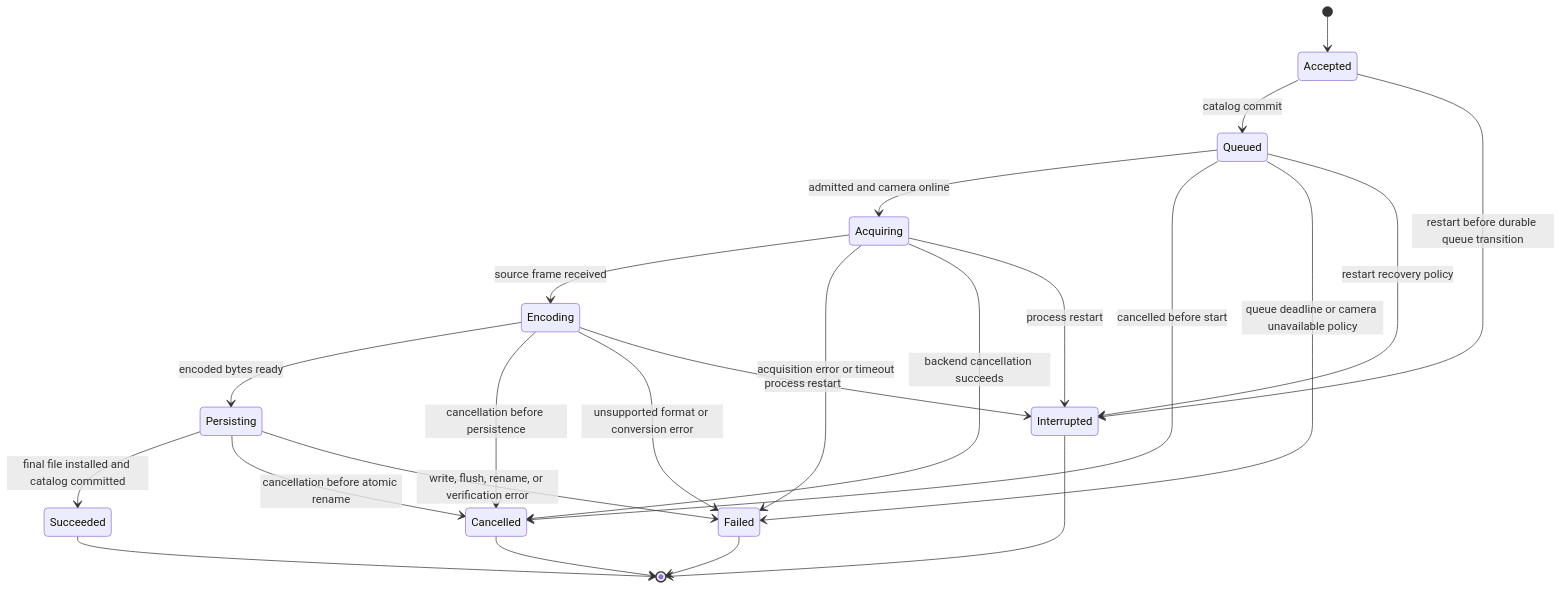
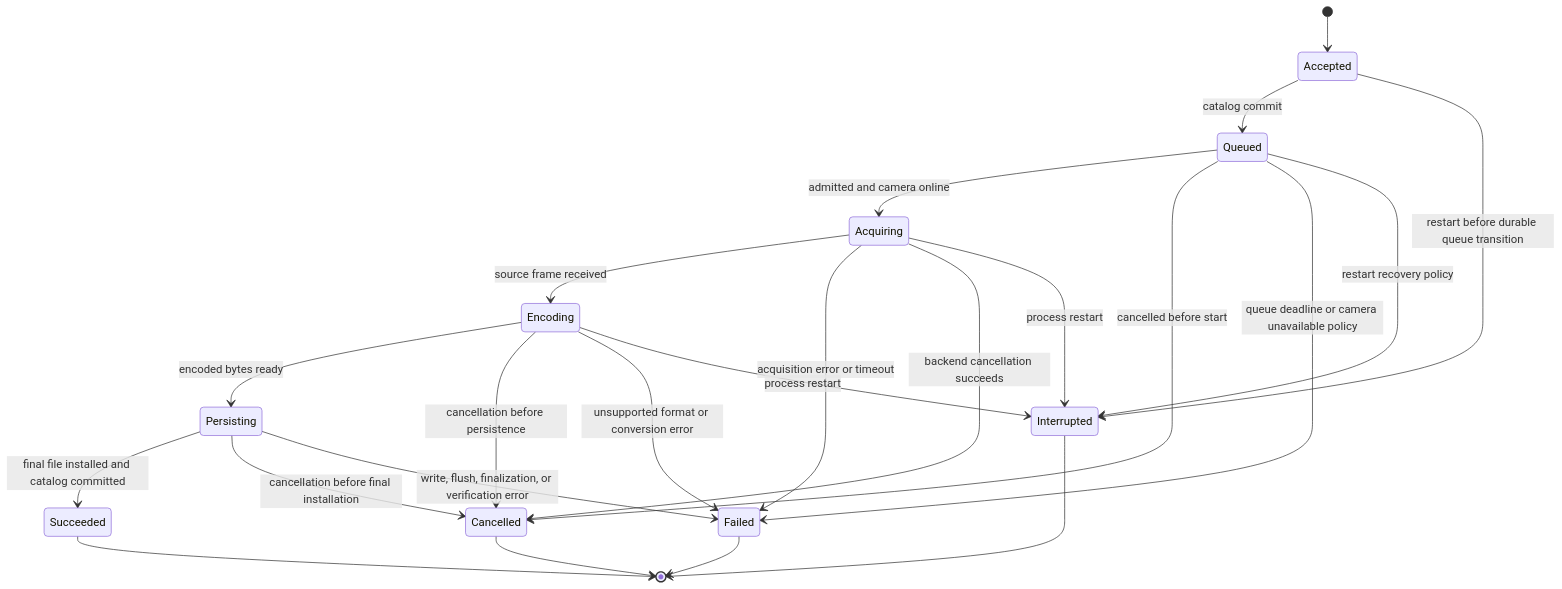
The fifth of 15 diagrams in DESIGN.md (edgecommons/camera-adapter), drawn with Mermaid before and after one commit. The commit also changed other lines of this file and 75 other files, not shown here.

````diff
--- a/DESIGN.md
+++ b/DESIGN.md
@@ -312,25 +312,25 @@
 ```mermaid
 stateDiagram-v2
   [*] --> Accepted
   Accepted --> Queued: catalog commit
   Queued --> Acquiring: admitted and camera online
   Queued --> Cancelled: cancelled before start
   Queued --> Failed: queue deadline or camera unavailable policy
   Acquiring --> Encoding: source frame received
   Acquiring --> Failed: acquisition error or timeout
   Acquiring --> Cancelled: backend cancellation succeeds
   Encoding --> Persisting: encoded bytes ready
   Encoding --> Cancelled: cancellation before persistence
   Encoding --> Failed: unsupported format or conversion error
   Persisting --> Succeeded: final file installed and catalog committed
-  Persisting --> Cancelled: cancellation before atomic rename
-  Persisting --> Failed: write, flush, rename, or verification error
+  Persisting --> Cancelled: cancellation before final installation
+  Persisting --> Failed: write, flush, finalization, or verification error
   Accepted --> Interrupted: restart before durable queue transition
   Queued --> Interrupted: restart recovery policy
   Acquiring --> Interrupted: process restart
   Encoding --> Interrupted: process restart
   Succeeded --> [*]
   Failed --> [*]
   Cancelled --> [*]
   Interrupted --> [*]
 ```
````
